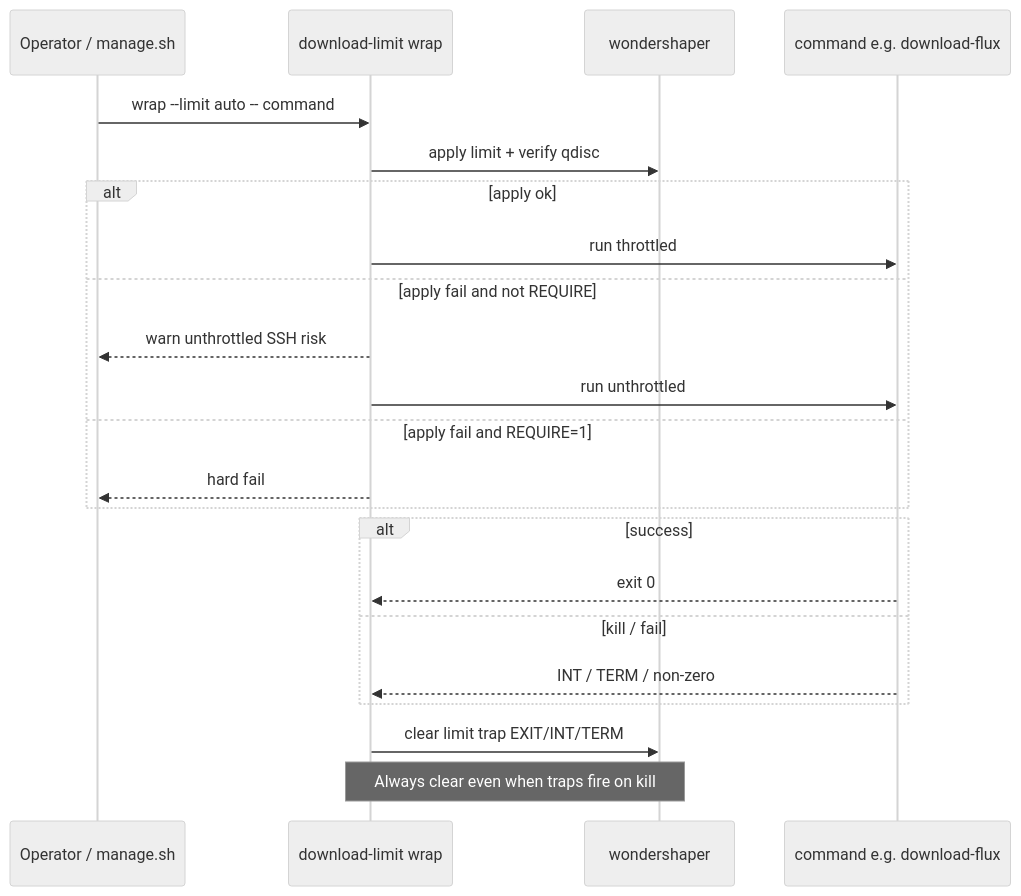
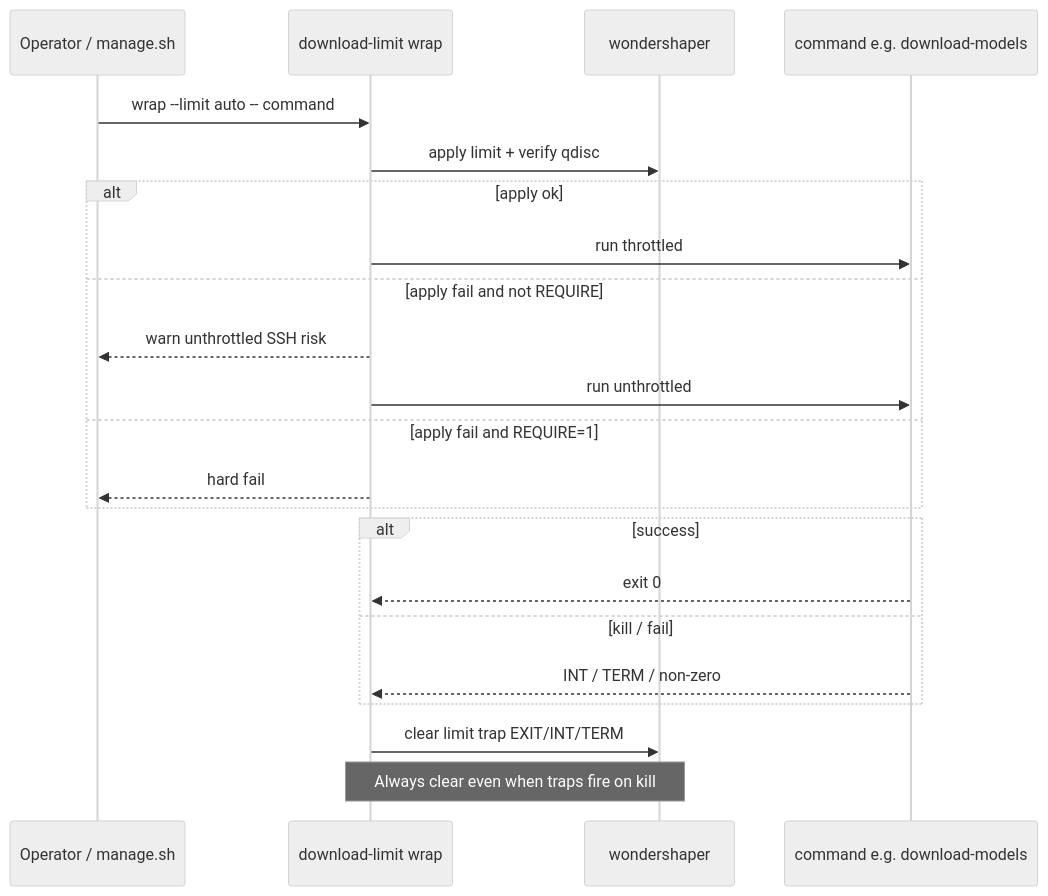
Before and after one commit to toxicoder/ez-comfy-stack: the fourth of 5 diagrams in docs/download-limit.md, drawn with Mermaid (neutral theme). The commit also changed other lines of this file and 142 other files, not shown here.

````diff
--- a/docs/download-limit.md
+++ b/docs/download-limit.md
@@ -161,25 +167,25 @@
 ```mermaid
 sequenceDiagram
   participant Op as Operator / manage.sh
   participant W as download-limit wrap
   participant WS as wondershaper
-  participant Cmd as command e.g. download-flux
+  participant Cmd as command e.g. download-models
 
   Op->>W: wrap --limit auto -- command
   W->>WS: apply limit + verify qdisc
   alt apply ok
     W->>Cmd: run throttled
   else apply fail and not REQUIRE
     W-->>Op: warn unthrottled SSH risk
     W->>Cmd: run unthrottled
   else apply fail and REQUIRE=1
     W-->>Op: hard fail
   end
   alt success
     Cmd-->>W: exit 0
   else kill / fail
     Cmd-->>W: INT / TERM / non-zero
   end
   W->>WS: clear limit trap EXIT/INT/TERM
   Note over W,WS: Always clear even when traps fire on kill
 ```
````
